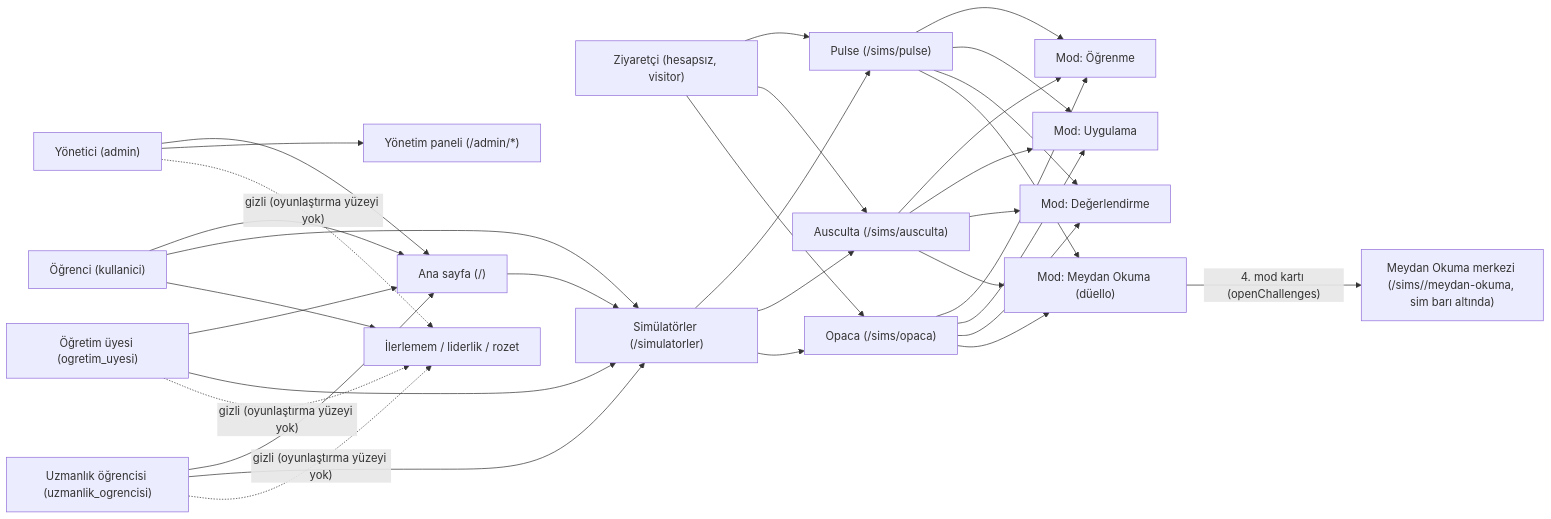
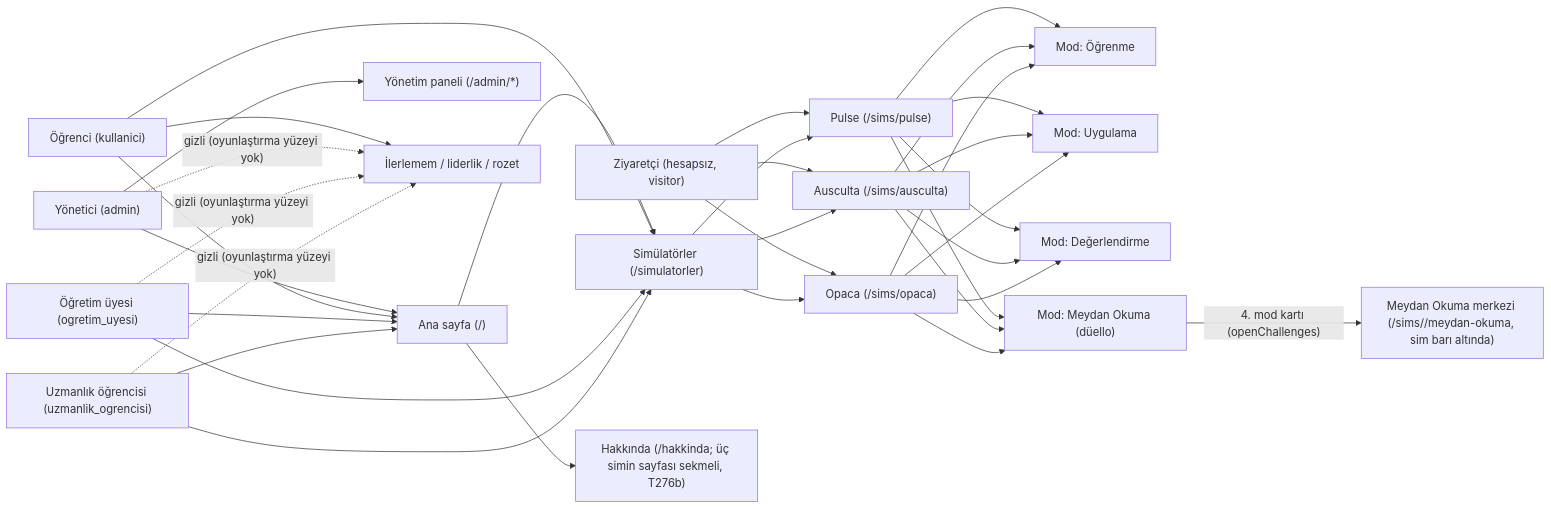
One commit to ozankaraca10/egemed changed the first of 2 diagrams in docs/sema/urun.md. Above: the diagram before and after it, drawn with Mermaid. The commit also changed other lines of this file, not shown here.

Commit message:
T276b: şema — /hakkinda rotası

````diff
--- a/docs/sema/urun.md
+++ b/docs/sema/urun.md
@@ -12,59 +12,61 @@
 ```mermaid
 flowchart LR
   admin["Yönetici (admin)"]
   kullanici["Öğrenci (kullanici)"]
   ogretim["Öğretim üyesi (ogretim_uyesi)"]
   uzmanlik["Uzmanlık öğrencisi (uzmanlik_ogrencisi)"]
   ziyaretci["Ziyaretçi (hesapsız, visitor)"]
 
   anaSayfa["Ana sayfa (/)"]
   simler["Simülatörler (/simulatorler)"]
+  hakkinda["Hakkında (/hakkinda; üç simin sayfası sekmeli, T276b)"]
   meydanOkuma["Meydan Okuma merkezi (/sims/<sim>/meydan-okuma, sim barı altında)"]
   yonetim["Yönetim paneli (/admin/*)"]
 
   pulse["Pulse (/sims/pulse)"]
   ausculta["Ausculta (/sims/ausculta)"]
   opaca["Opaca (/sims/opaca)"]
 
   ogrenme["Mod: Öğrenme"]
   uygulama["Mod: Uygulama"]
   degerlendirme["Mod: Değerlendirme"]
   duello["Mod: Meydan Okuma (düello)"]
 
   ilerlemem["İlerlemem / liderlik / rozet"]
 
   admin --> anaSayfa --> simler
+  anaSayfa --> hakkinda
   admin --> yonetim
   kullanici --> anaSayfa
   ogretim --> anaSayfa
   uzmanlik --> anaSayfa
   kullanici --> simler
   ogretim --> simler
   uzmanlik --> simler
   ziyaretci --> pulse
   ziyaretci --> ausculta
   ziyaretci --> opaca
 
   simler --> pulse
   simler --> ausculta
   simler --> opaca
 
   pulse --> ogrenme
   ausculta --> ogrenme
   opaca --> ogrenme
   pulse --> uygulama
   ausculta --> uygulama
   opaca --> uygulama
   pulse --> degerlendirme
   ausculta --> degerlendirme
   opaca --> degerlendirme
   duello -->|"4. mod kartı (openChallenges)"| meydanOkuma
   pulse --> duello
   ausculta --> duello
   opaca --> duello
 
   kullanici --> ilerlemem
   admin -.->|"gizli (oyunlaştırma yüzeyi yok)"| ilerlemem
   ogretim -.->|"gizli (oyunlaştırma yüzeyi yok)"| ilerlemem
   uzmanlik -.->|"gizli (oyunlaştırma yüzeyi yok)"| ilerlemem
 ```
````
